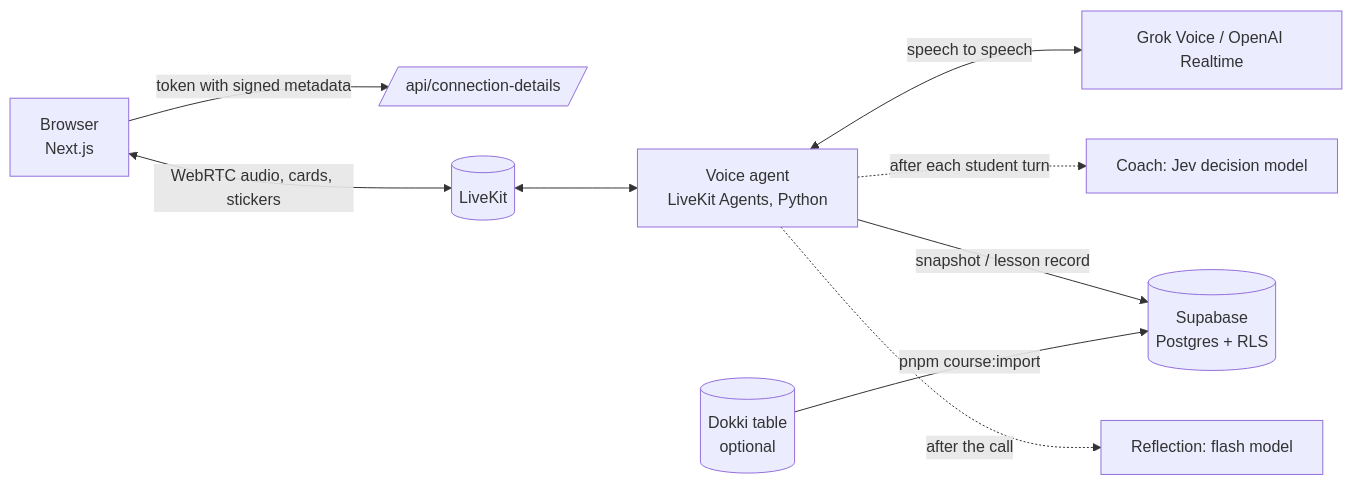
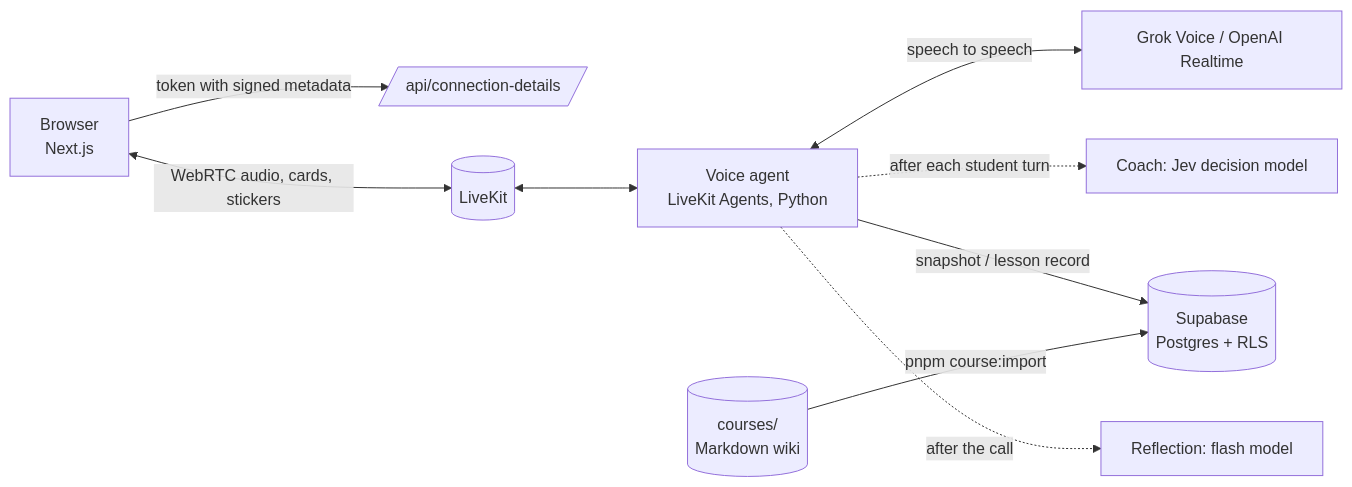
Before and after one commit to Noxr3/Speakwow: the diagram in README.md, drawn with Mermaid. The commit also changed other lines of this file and 61 other files, not shown here.

````diff
--- a/README.md
+++ b/README.md
@@ -47,11 +47,11 @@
 ```mermaid
 flowchart LR
   B[Browser<br/>Next.js] -- token with signed metadata --> W[/api/connection-details/]
   B <-- WebRTC audio, cards, stickers --> L[(LiveKit)]
   L <--> A[Voice agent<br/>LiveKit Agents, Python]
   A <-- speech to speech --> M[Grok Voice / OpenAI Realtime]
   A -. after each student turn .-> C[Coach: Jev decision model]
   A -- snapshot / lesson record --> S[(Supabase<br/>Postgres + RLS)]
   A -. after the call .-> R[Reflection: flash model]
-  D[(Dokki table<br/>optional)] -- pnpm course:import --> S
+  D[(courses/<br/>Markdown wiki)] -- pnpm course:import --> S
 ```
````
